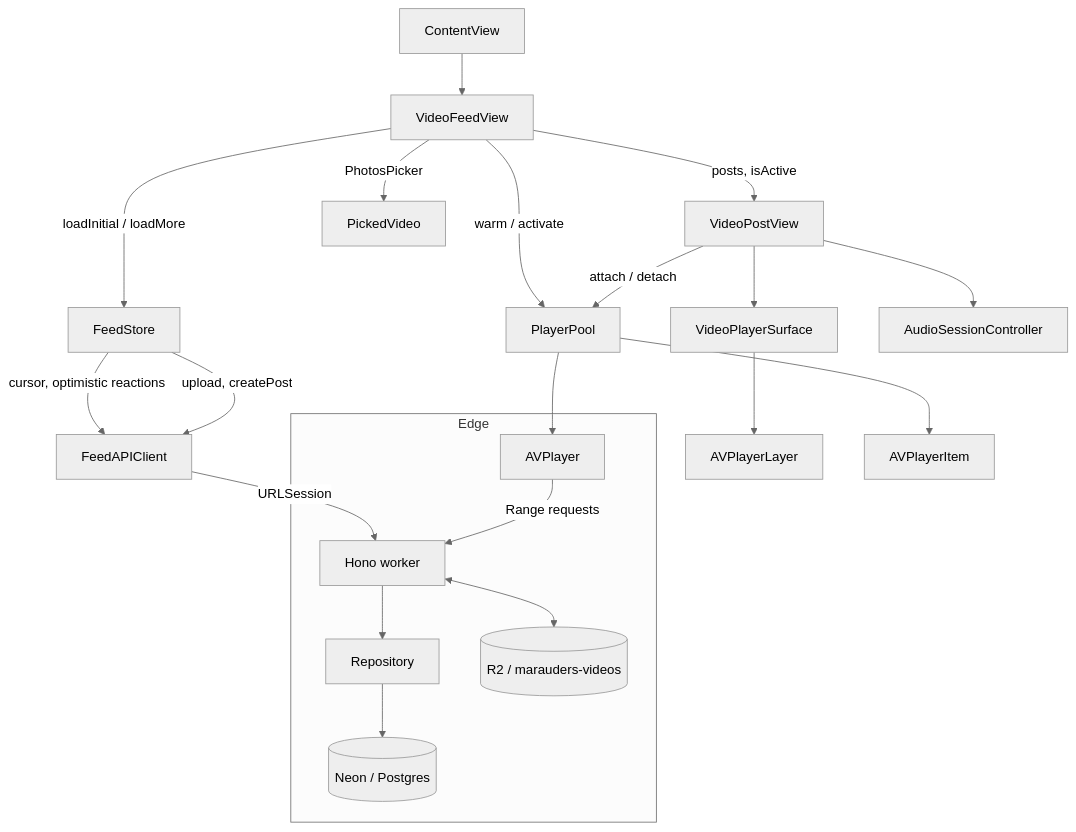
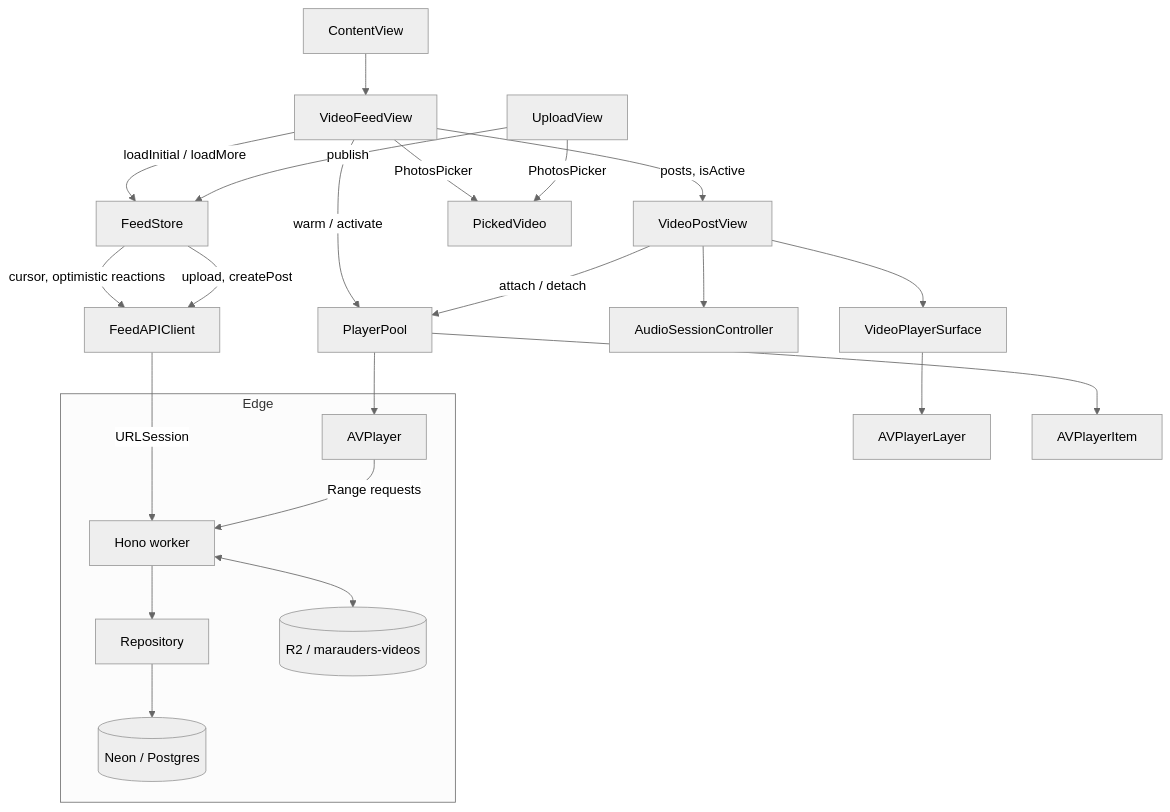
The diagram in README.md (SomsakGitHub/marauders), drawn with Mermaid (neutral theme) before and after one commit. The commit also changed other lines of this file and 3 other files, not shown here.

First line of the commit message:
Move video upload into its own tab

````diff
--- a/README.md
+++ b/README.md
@@ -42,27 +50,29 @@
 ```mermaid
 flowchart TD
     ContentView --> VideoFeedView
 
     VideoFeedView -->|posts, isActive| VideoPostView
     VideoFeedView -->|loadInitial / loadMore| FeedStore
     VideoFeedView -->|warm / activate| PlayerPool
     VideoPostView -->|attach / detach| PlayerPool
     VideoPostView --> VideoPlayerSurface
     VideoPostView --> AudioSessionController
 
     FeedStore -->|cursor, optimistic reactions| FeedAPIClient
     VideoFeedView -->|PhotosPicker| PickedVideo
+    UploadView -->|PhotosPicker| PickedVideo
+    UploadView -->|publish| FeedStore
     FeedStore -->|upload, createPost| FeedAPIClient
     FeedAPIClient -->|URLSession| Worker
 
     VideoPlayerSurface --> AVPlayerLayer
     PlayerPool --> AVPlayer
     PlayerPool --> AVPlayerItem
 
     subgraph Edge
         Worker[Hono worker] --> Repository
         Repository --> Neon[(Neon / Postgres)]
         Worker <--> Videos[(R2 / marauders-videos)]
         AVPlayer -->|Range requests| Worker
     end
 ```
````
